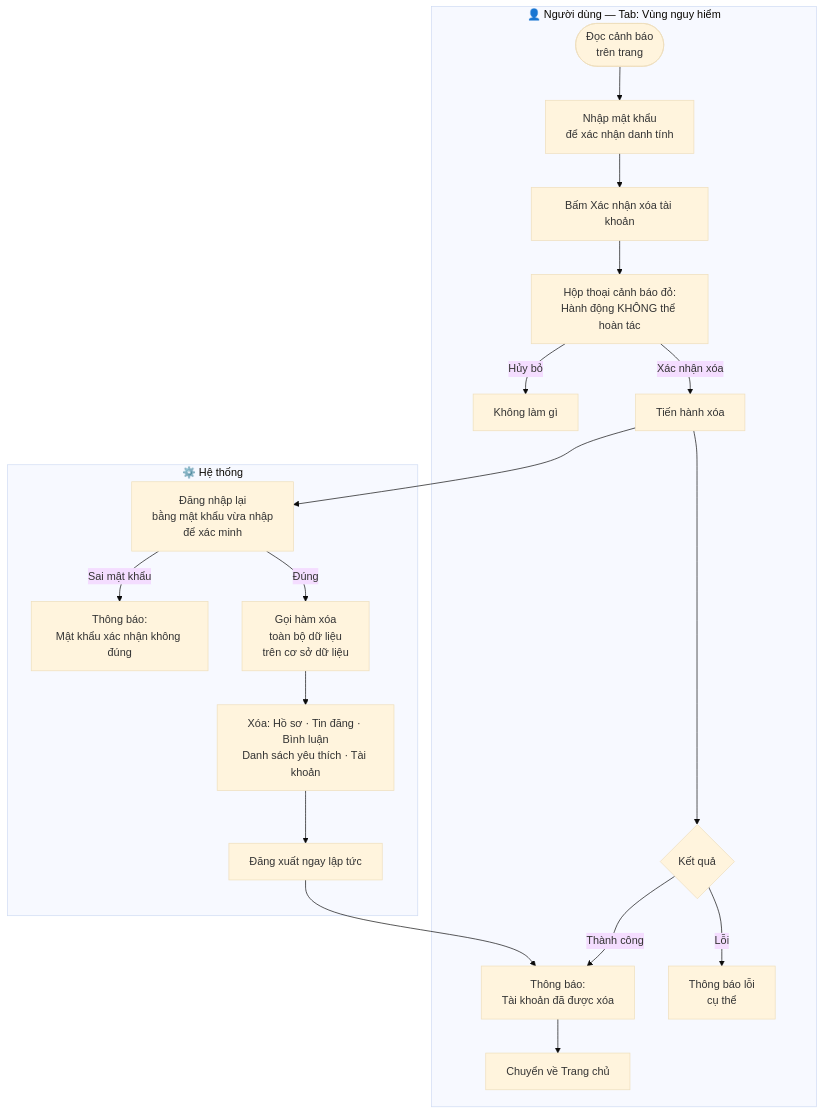
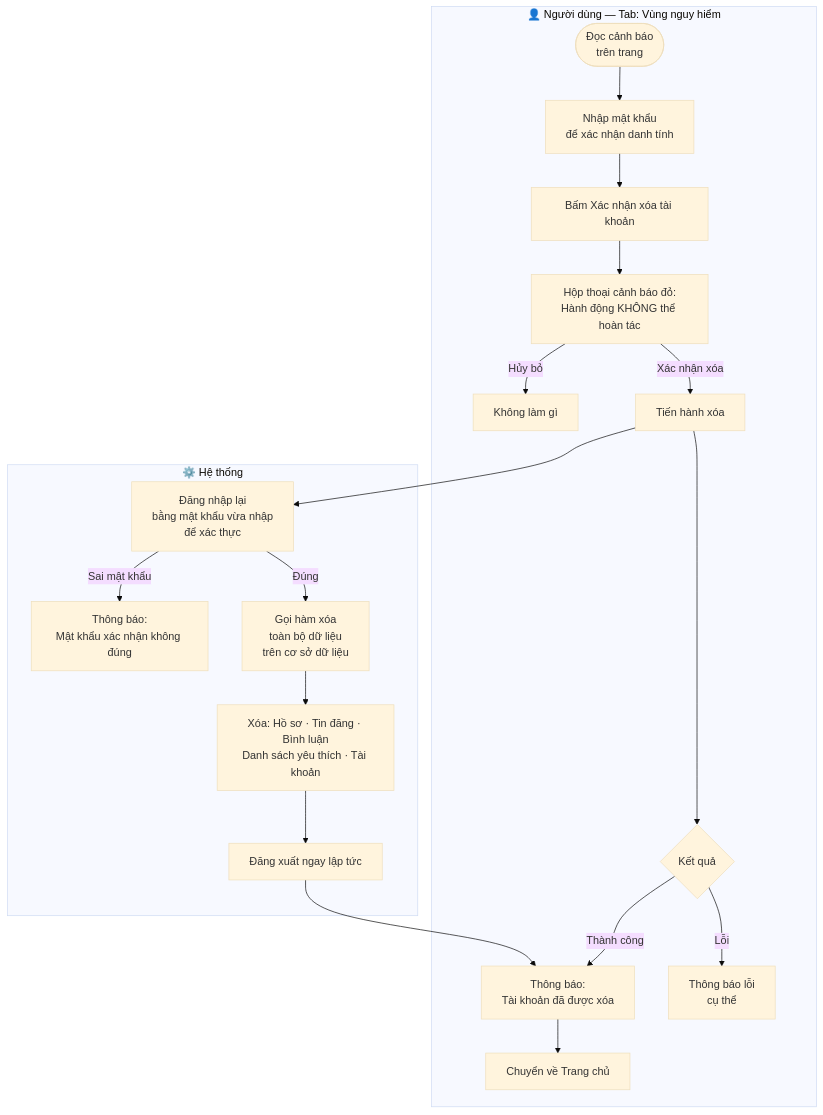
Before and after one commit to natelyt12/trotot: the seventh of 8 diagrams in prj_workflows/05_profile_workflow.md, drawn with Mermaid (base theme). The commit also changed other lines of this file and 21 other files, not shown here.

````diff
--- a/prj_workflows/05_profile_workflow.md
+++ b/prj_workflows/05_profile_workflow.md
@@ -169,23 +169,23 @@
 ```mermaid
 flowchart TD
     subgraph USER["👤 Người dùng — Tab: Vùng nguy hiểm"]
         A([Đọc cảnh báo\ntrên trang]) --> B[Nhập mật khẩu\nđể xác nhận danh tính]
         B --> C[Bấm Xác nhận xóa tài khoản]
         C --> D[Hộp thoại cảnh báo đỏ:\nHành động KHÔNG thể hoàn tác]
         D --> |Hủy bỏ| E[Không làm gì]
         D --> |Xác nhận xóa| F[Tiến hành xóa]
         F --> G{Kết quả}
         G -- Thành công --> H[Thông báo:\nTài khoản đã được xóa]
         H --> I[Chuyển về Trang chủ]
         G -- Lỗi --> J[Thông báo lỗi\ncụ thể]
     end
 
     subgraph SYSTEM["⚙️ Hệ thống"]
-        F --> K[Đăng nhập lại\nbằng mật khẩu vừa nhập\nđể xác minh]
+        F --> K[Đăng nhập lại\nbằng mật khẩu vừa nhập\nđể xác thực]
         K --> |Sai mật khẩu| L[Thông báo:\nMật khẩu xác nhận không đúng]
         K --> |Đúng| M[Gọi hàm xóa\ntoàn bộ dữ liệu\ntrên cơ sở dữ liệu]
         M --> N[Xóa: Hồ sơ · Tin đăng · Bình luận\nDanh sách yêu thích · Tài khoản]
         N --> O[Đăng xuất ngay lập tức]
         O --> H
     end
 ```
````
